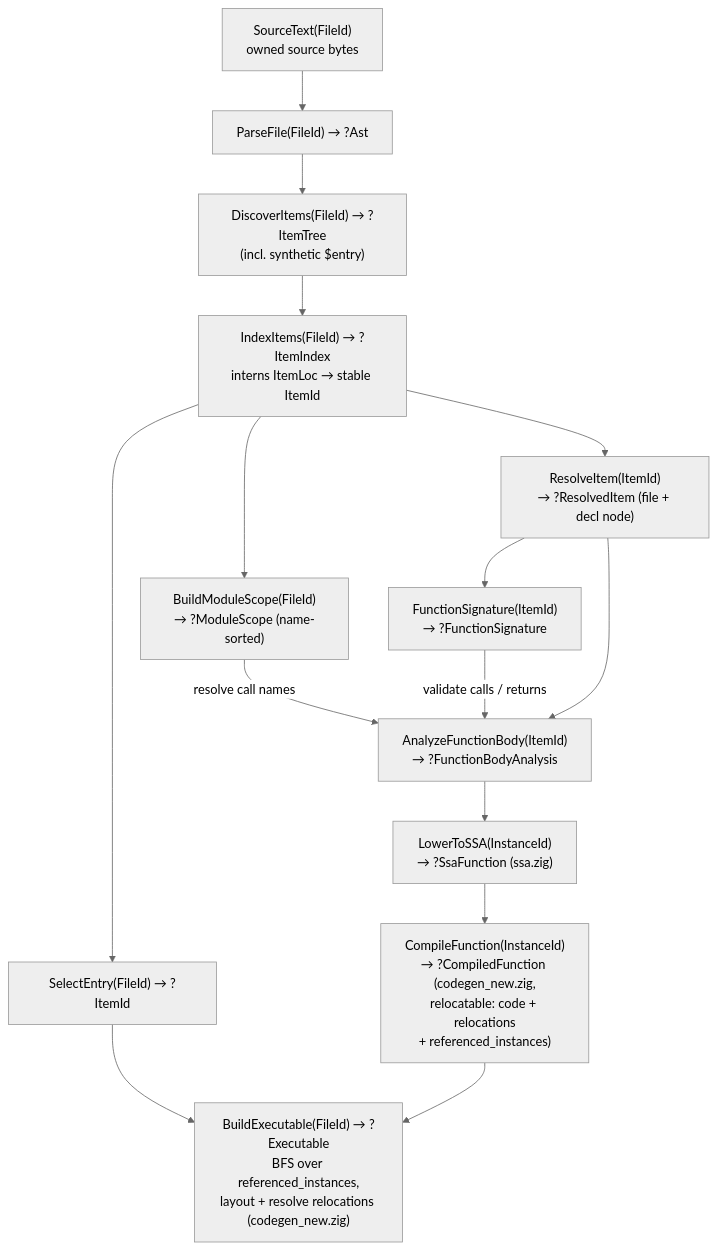
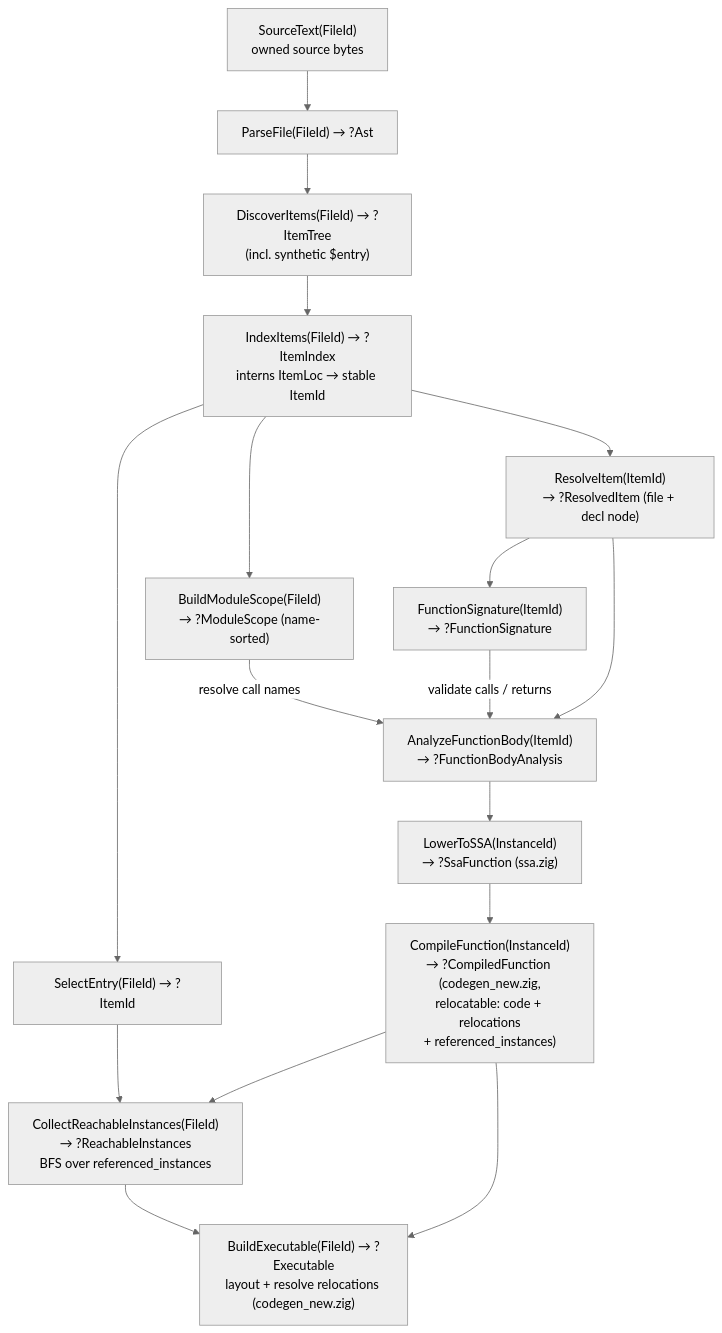
The first of 2 diagrams in PROGRAM_FLOW.md (Pippepot/chimera-lang), drawn with Mermaid (neutral theme) before and after one commit. The commit also changed other lines of this file and 8 other files, not shown here.

Commit message:
Refactor BFS from debug and build executable into separate query

````diff
--- a/PROGRAM_FLOW.md
+++ b/PROGRAM_FLOW.md
@@ -9,18 +9,20 @@
 ```mermaid
 flowchart TD
     ST["SourceText(FileId)<br/>owned source bytes"]
     ST --> PF["ParseFile(FileId) → ?Ast"]
     PF --> DI["DiscoverItems(FileId) → ?ItemTree<br/>(incl. synthetic $entry)"]
     DI --> IX["IndexItems(FileId) → ?ItemIndex<br/>interns ItemLoc → stable ItemId"]
     IX --> SE["SelectEntry(FileId) → ?ItemId"]
     IX --> MS["BuildModuleScope(FileId)<br/>→ ?ModuleScope (name-sorted)"]
     IX --> RI["ResolveItem(ItemId)<br/>→ ?ResolvedItem (file + decl node)"]
     RI --> FS["FunctionSignature(ItemId)<br/>→ ?FunctionSignature"]
     RI --> AB["AnalyzeFunctionBody(ItemId)<br/>→ ?FunctionBodyAnalysis"]
     MS -->|"resolve call names"| AB
     FS -->|"validate calls / returns"| AB
     AB --> SSA["LowerToSSA(InstanceId)<br/>→ ?SsaFunction (ssa.zig)"]
     SSA --> CF["CompileFunction(InstanceId)<br/>→ ?CompiledFunction (codegen_new.zig,<br/>relocatable: code + relocations<br/>+ referenced_instances)"]
-    SE --> BE["BuildExecutable(FileId) → ?Executable<br/>BFS over referenced_instances,<br/>layout + resolve relocations (codegen_new.zig)"]
+    SE --> CRI["CollectReachableInstances(FileId)<br/>→ ?ReachableInstances<br/>BFS over referenced_instances"]
+    CF --> CRI
+    CRI --> BE["BuildExecutable(FileId) → ?Executable<br/>layout + resolve relocations (codegen_new.zig)"]
     CF --> BE
 ```
````
